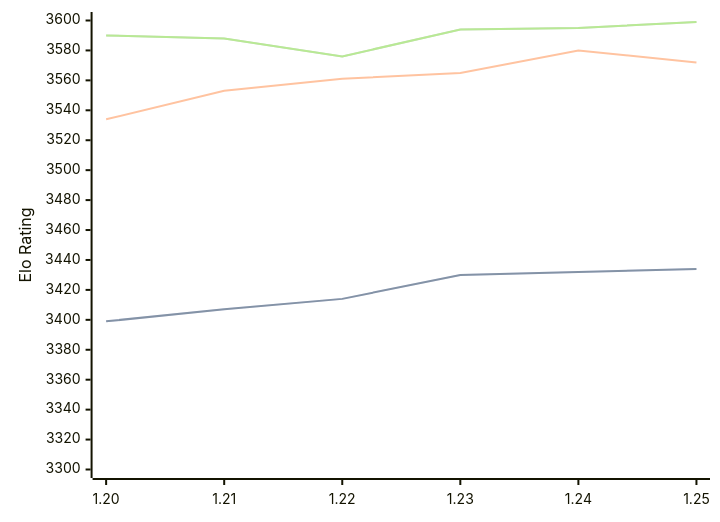
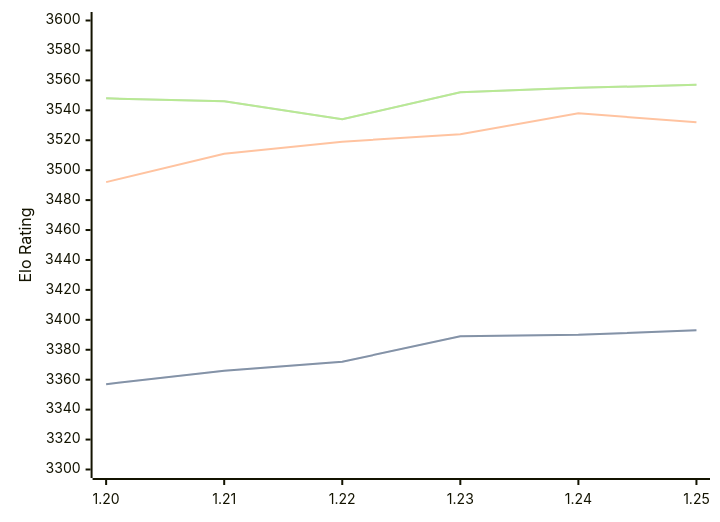
Before and after one commit to computer-chess-index/cci: the diagram in engines/Caissa.md, drawn with Mermaid. The commit also changed other lines of this file, not shown here.

Commit message:
Update CCI Ratings (ELO VLTC) - 2026-05-19

````diff
--- a/engines/Caissa.md
+++ b/engines/Caissa.md
@@ -65,11 +65,11 @@
 ```mermaid
 %%{init: {"theme":"base","themeVariables":{"seriesColors:['#a3a3a3','#222221','#faa371']}}}%%
 xychart-beta
   x-axis ["1.20", "1.21", "1.22", "1.23", "1.24", "1.25"]
   y-axis "Elo Rating" 3300 --> 3600
-  line "STC (8.0+0.08s)" [3399, 3407, 3414, 3430, 3432, 3434]
-  line "STC (8.0+0.08s)" [3399, 3407, 3414, 3430, 3432, 3434]
-  line "LTC (60.0+0.60s)" [3534, 3553, 3561, 3565, 3580, 3572]
-  line "VLTC (2m24s+1.12s)" [3590, 3588, 3576, 3594, 3595, 3599]
-  line "VLTC (2m24s+1.12s)" [3590, 3588, 3576, 3594, 3595, 3599]
+  line "STC (8.0+0.08s)" [3357, 3366, 3372, 3389, 3390, 3393]
+  line "STC (8.0+0.08s)" [3357, 3366, 3372, 3389, 3390, 3393]
+  line "LTC (60.0+0.60s)" [3492, 3511, 3519, 3524, 3538, 3532]
+  line "VLTC (2m24s+1.12s)" [3548, 3546, 3534, 3552, 3555, 3557]
+  line "VLTC (2m24s+1.12s)" [3548, 3546, 3534, 3552, 3555, 3557]
 ```
````
